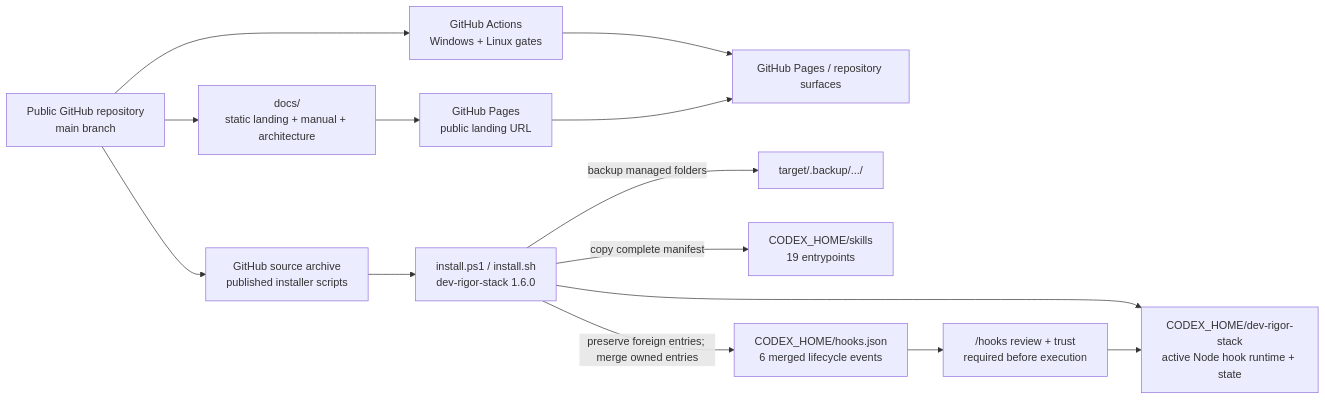
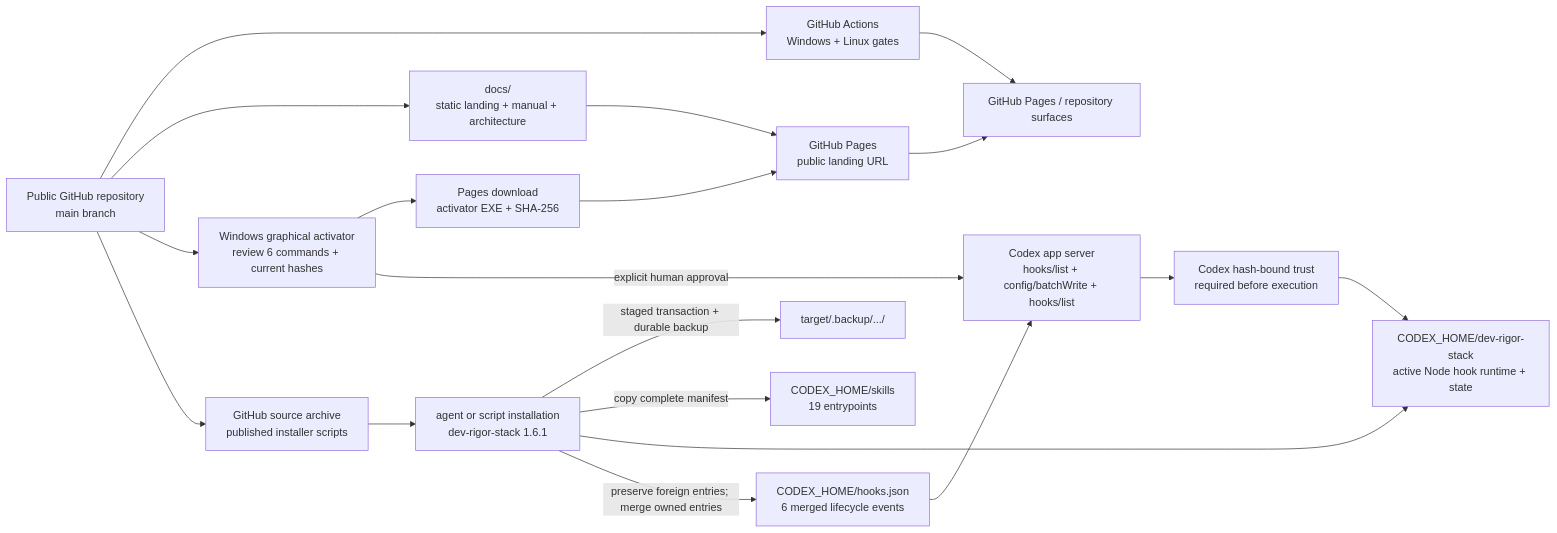
One commit to scottconverse/codex-dev-rigor-stack changed the fifth of 5 diagrams in docs/ARCHITECTURE.md. Above: the diagram before and after it, drawn with Mermaid. The commit also changed other lines of this file and 34 other files, not shown here.

Commit message:
release: strengthen Codex rigor stack 1.6.1

````diff
--- a/docs/ARCHITECTURE.md
+++ b/docs/ARCHITECTURE.md
@@ -189,24 +194,29 @@
 ```mermaid
 flowchart LR
     Source["Public GitHub repository\nmain branch"]
     Docs["docs/\nstatic landing + manual + architecture"]
     Pages["GitHub Pages\npublic landing URL"]
     Archive["GitHub source archive\npublished installer scripts"]
-    Installer["install.ps1 / install.sh\ndev-rigor-stack 1.6.0"]
+    Installer["agent or script installation\ndev-rigor-stack 1.6.1"]
     Backup["target/.backup/.../<timestamp>"]
     Home["CODEX_HOME/skills\n19 entrypoints"]
     Runtime["CODEX_HOME/dev-rigor-stack\nactive Node hook runtime + state"]
     HookConfig["CODEX_HOME/hooks.json\n6 merged lifecycle events"]
-    Trust["/hooks review + trust\nrequired before execution"]
+    Activator["Windows graphical activator\nreview 6 commands + current hashes"]
+    AppServer["Codex app server\nhooks/list + config/batchWrite + hooks/list"]
+    Trust["Codex hash-bound trust\nrequired before execution"]
+    Download["Pages download\nactivator EXE + SHA-256"]
     CI["GitHub Actions\nWindows + Linux gates"]
     Publish["GitHub Pages / repository surfaces"]
 
     Source --> CI --> Publish
     Source --> Docs --> Pages --> Publish
+    Source --> Activator --> Download --> Pages
     Source --> Archive --> Installer
-    Installer -->|backup managed folders| Backup
+    Installer -->|staged transaction + durable backup| Backup
     Installer -->|copy complete manifest| Home
     Installer --> Runtime
     Installer -->|preserve foreign entries; merge owned entries| HookConfig
-    HookConfig --> Trust --> Runtime
+    HookConfig --> AppServer
+    Activator -->|explicit human approval| AppServer --> Trust --> Runtime
 ```
````
